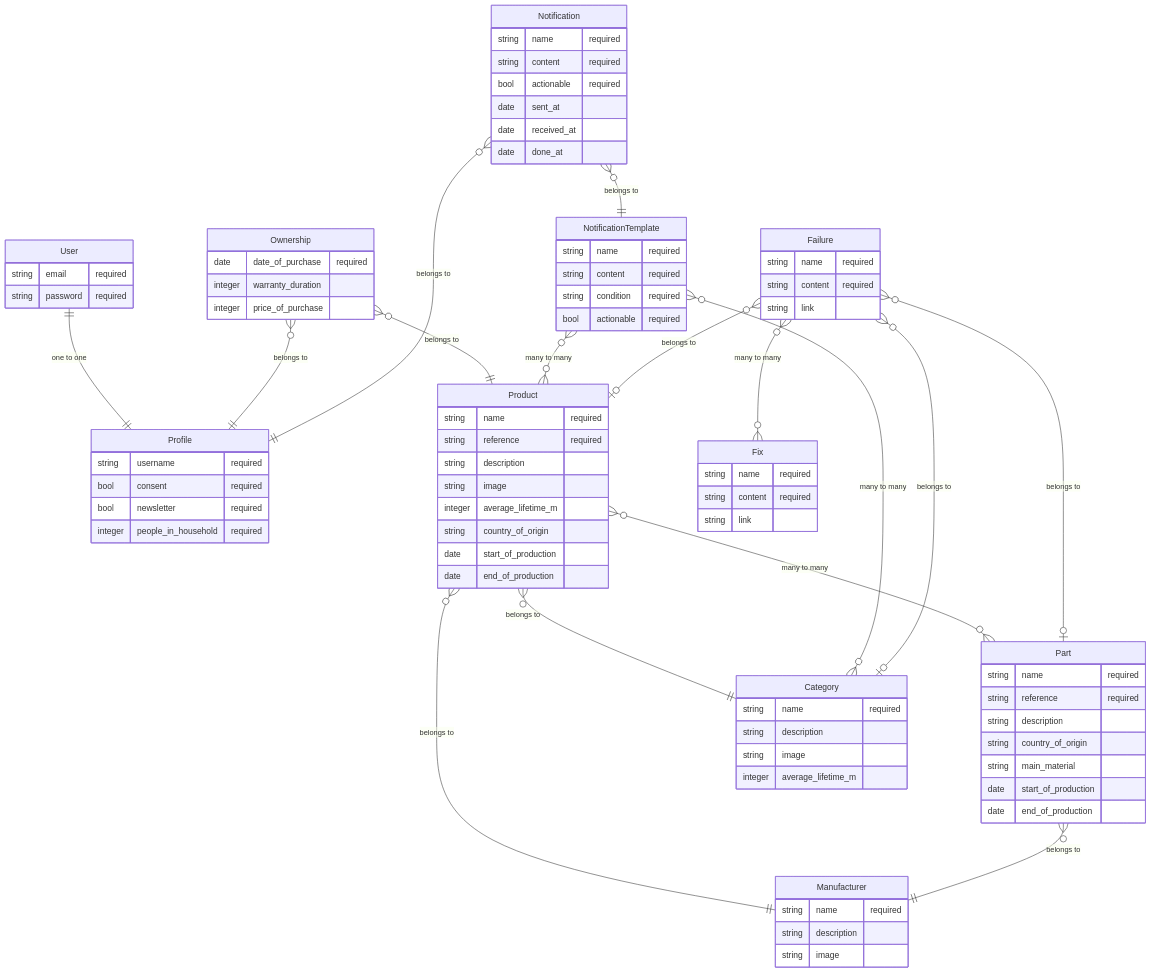
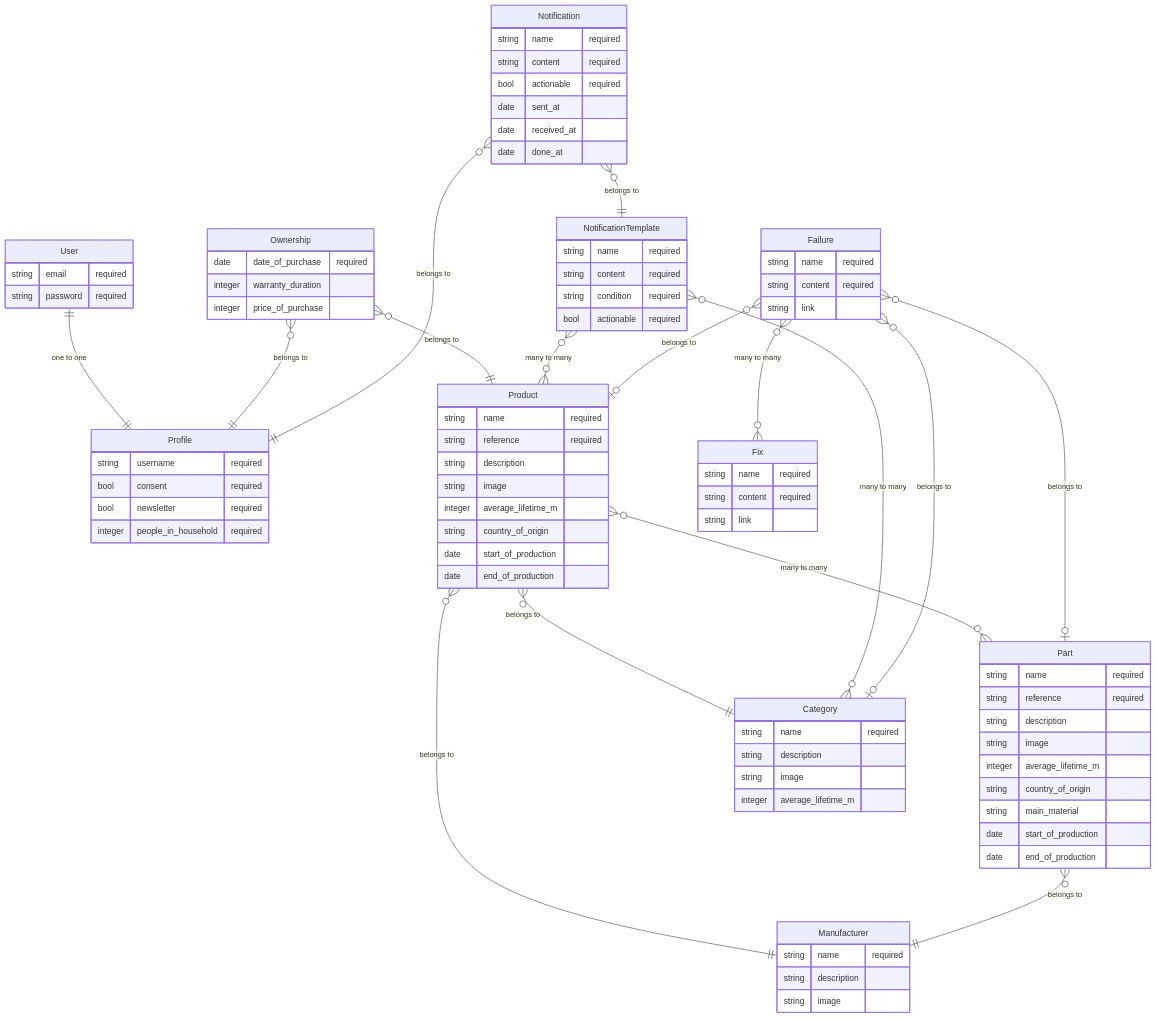
The diagram in docs/Database architecture.md (p-repair/prepair), drawn with Mermaid before and after one commit. The commit also changed 39 other files, not shown here.

```diff
--- a/docs/Database architecture.md
+++ b/docs/Database architecture.md
@@ -64,6 +64,8 @@
         string name "required"
         string reference "required"
         string description
+        string image
+        integer average_lifetime_m
         string country_of_origin
         string main_material
         date start_of_production
```
